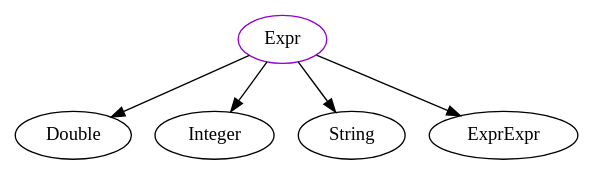
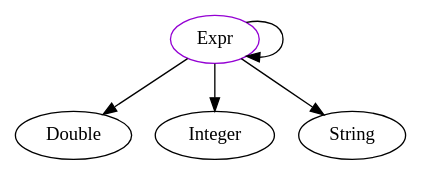
One commit to JacquesCarette/Drasil changed the diagram in analysis/TypeDependencyGraphs/printers/Expr.dot. Above: the diagram before and after it, drawn with Graphviz. The commit also changed 556 other files, not shown here.

```diff
--- a/analysis/TypeDependencyGraphs/printers/Expr.dot
+++ b/analysis/TypeDependencyGraphs/printers/Expr.dot
@@ -1,7 +1,7 @@
 digraph expr{
 Expr -> Double;
 Expr -> Integer;
 Expr -> String;
-Expr -> ExprExpr;
+Expr -> Expr;
 Expr	[shape=oval, color=darkviolet, label="Expr"];
 }
```
